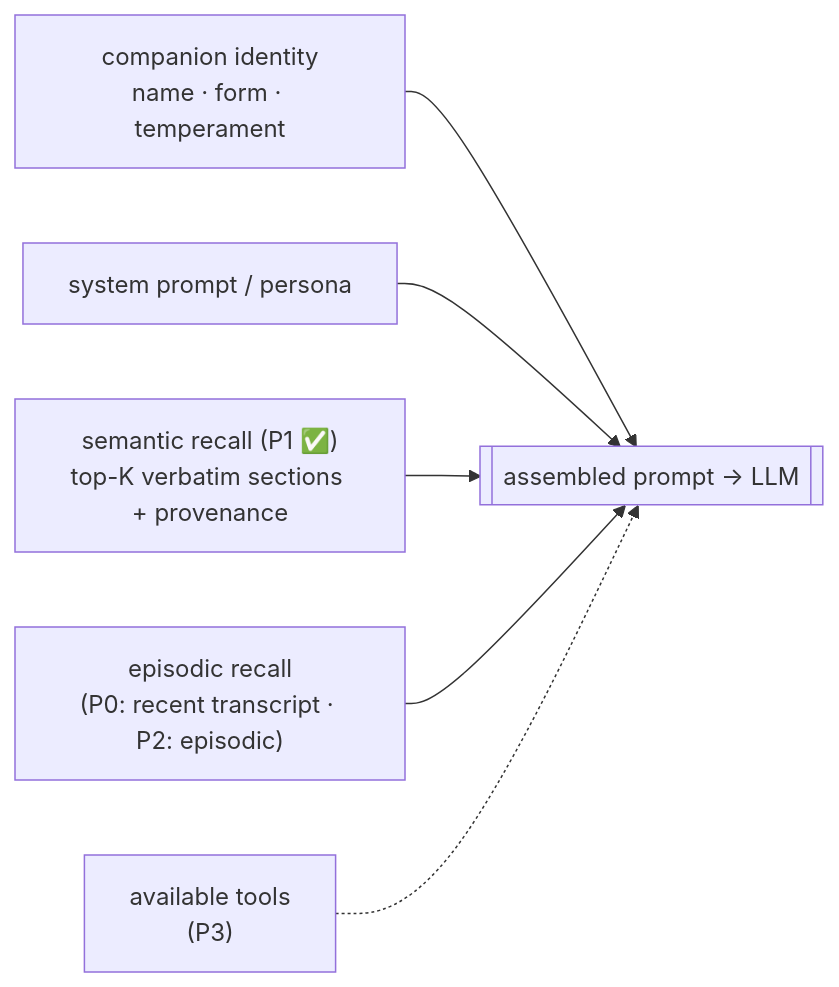
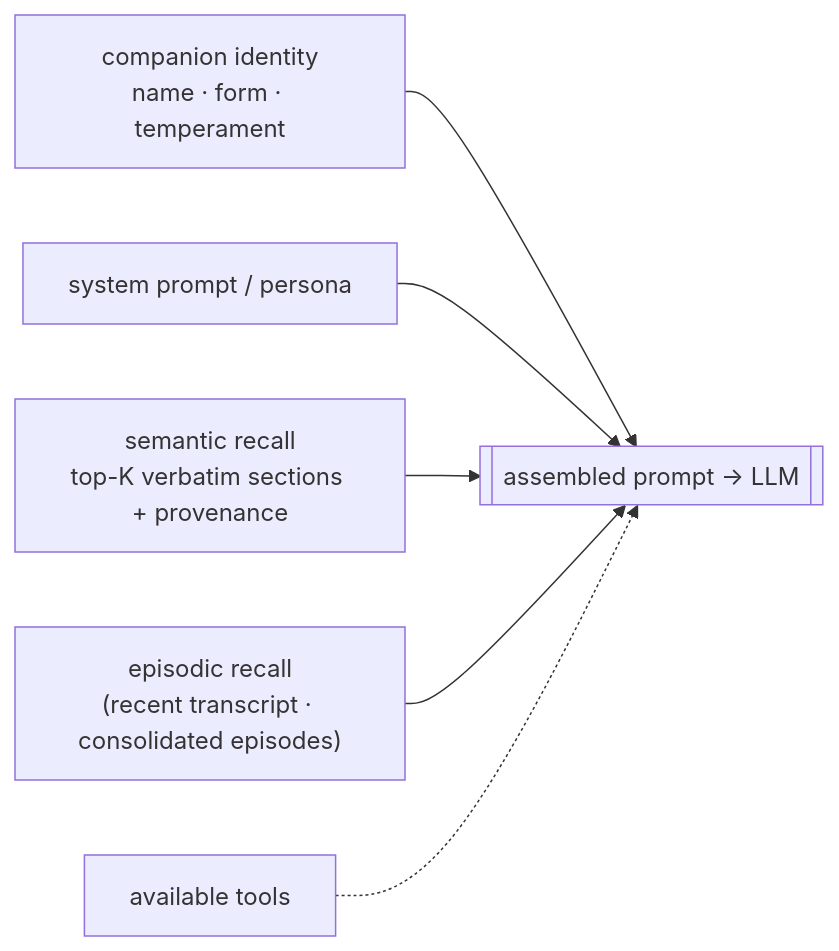
Before and after one commit to CobbleStamp/CobbleCompanion: the fourth of 8 diagrams in docs/architecture.md, drawn with Mermaid. The commit also changed other lines of this file and 5 other files, not shown here.

````diff
--- a/docs/architecture.md
+++ b/docs/architecture.md
@@ -232,8 +214,8 @@
 ```mermaid
 flowchart LR
     ID["companion identity<br/>name · form · temperament"] --> P[["assembled prompt → LLM"]]
     SYS["system prompt / persona"] --> P
-    SEM["semantic recall (P1 ✅)<br/>top-K verbatim sections + provenance"] --> P
-    EPI["episodic recall<br/>(P0: recent transcript · P2: episodic)"] --> P
-    TOOLS["available tools<br/>(P3)"] -.-> P
+    SEM["semantic recall<br/>top-K verbatim sections + provenance"] --> P
+    EPI["episodic recall<br/>(recent transcript · consolidated episodes)"] --> P
+    TOOLS["available tools"] -.-> P
 ```
````
